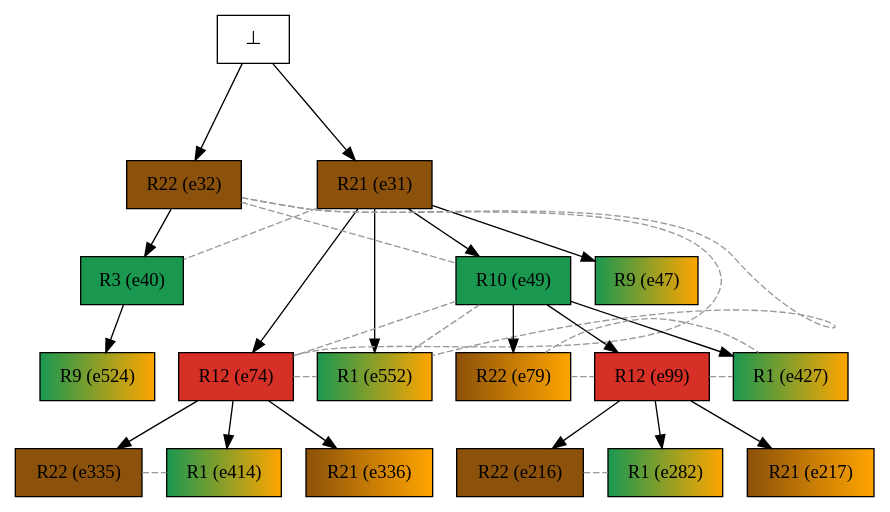
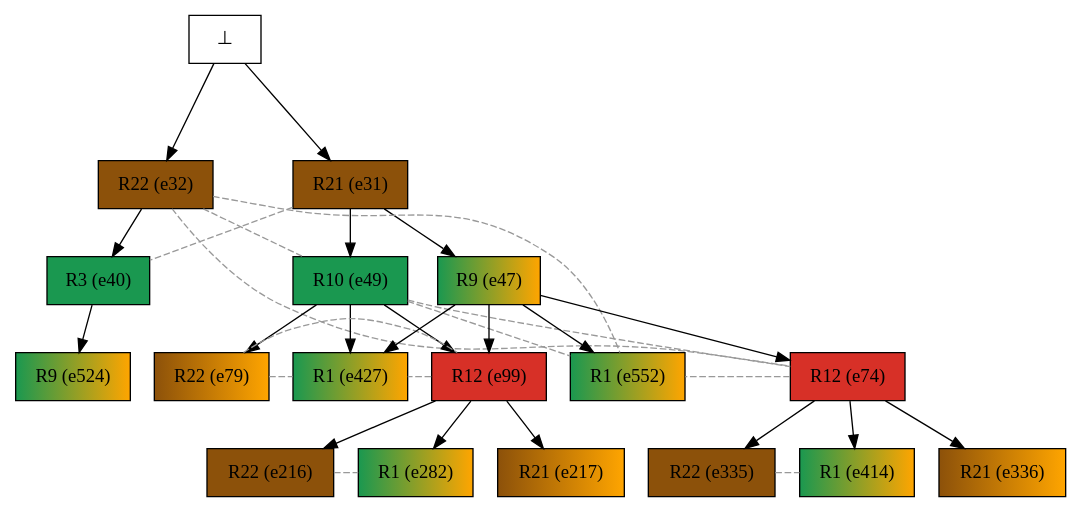
Before and after one commit to giannkas/ecofolder: the diagram in examples/oursin_tasmanie/mrk_instances/urc2alg+/sorted/tasmanie_urc2alg_10-18confs/tasmanie_urc2alg_10-18confs_colored_pathway.dot, drawn with Graphviz. The commit also changed 41 other files, not shown here.

```diff
--- a/examples/oursin_tasmanie/mrk_instances/urc2alg+/sorted/tasmanie_urc2alg_10-18confs/tasmanie_urc2alg_10-18confs_colored_pathway.dot
+++ b/examples/oursin_tasmanie/mrk_instances/urc2alg+/sorted/tasmanie_urc2alg_10-18confs/tasmanie_urc2alg_10-18confs_colored_pathway.dot
@@ -1,53 +1,55 @@
 digraph test {
 
 //conflicts
   e31 -> e40 [arrowhead=none color=gray60 style=dashed constraint=false];
   e32 -> e49 [arrowhead=none color=gray60 style=dashed constraint=false];
   e32 -> e74 [arrowhead=none color=gray60 style=dashed constraint=false];
   e32 -> e552 [arrowhead=none color=gray60 style=dashed constraint=false];
   e49 -> e74 [arrowhead=none color=gray60 style=dashed constraint=false];
   e49 -> e552 [arrowhead=none color=gray60 style=dashed constraint=false];
   e74 -> e552 [arrowhead=none color=gray60 style=dashed constraint=false];
   e79 -> e99 [arrowhead=none color=gray60 style=dashed constraint=false];
   e79 -> e427 [arrowhead=none color=gray60 style=dashed constraint=false];
   e99 -> e427 [arrowhead=none color=gray60 style=dashed constraint=false];
   e216 -> e282 [arrowhead=none color=gray60 style=dashed constraint=false];
   e335 -> e414 [arrowhead=none color=gray60 style=dashed constraint=false];
 
   e31 -> e47 [minlen=1];
   e49 -> e79 [minlen=1];
   e31 -> e49 [minlen=1];
   e99 -> e216 [minlen=1];
+  e47 -> e99 [minlen=1];
   e49 -> e99 [minlen=1];
   e99 -> e217 [minlen=1];
   e99 -> e282 [minlen=1];
   e74 -> e335 [minlen=1];
-  e31 -> e74 [minlen=2];
+  e47 -> e74 [minlen=1];
   e74 -> e336 [minlen=1];
   e74 -> e414 [minlen=1];
+  e47 -> e427 [minlen=1];
   e49 -> e427 [minlen=1];
   e40 -> e524 [minlen=1];
   e32 -> e40 [minlen=1];
-  e31 -> e552 [minlen=2];
+  e47 -> e552 [minlen=1];
   e0 -> e31 [minlen=2];
   e0 -> e32 [minlen=2];
 
   e31 [color="black" fillcolor="#8c510a:#8c510a" label="R21 (e31)" shape=box style=filled];
   e32 [color="black" fillcolor="#8c510a:#8c510a" label="R22 (e32)" shape=box style=filled];
   e40 [color="black" fillcolor="#1a9850:#1a9850" label="R3 (e40)" shape=box style=filled];
   e47 [color="black" fillcolor="#1a9850:orange" label="R9 (e47)" shape=box style=filled];
   e49 [color="black" fillcolor="#1a9850:#1a9850" label="R10 (e49)" shape=box style=filled];
   e74 [color="black" fillcolor="#d73027:#d73027" label="R12 (e74)" shape=box style=filled];
   e79 [color="black" fillcolor="#8c510a:orange" label="R22 (e79)" shape=box style=filled];
   e99 [color="black" fillcolor="#d73027:#d73027" label="R12 (e99)" shape=box style=filled];
   e216 [color="black" fillcolor="#8c510a:#8c510a" label="R22 (e216)" shape=box style=filled];
   e217 [color="black" fillcolor="#8c510a:orange" label="R21 (e217)" shape=box style=filled];
   e282 [color="black" fillcolor="#1a9850:orange" label="R1 (e282)" shape=box style=filled];
   e335 [color="black" fillcolor="#8c510a:#8c510a" label="R22 (e335)" shape=box style=filled];
   e336 [color="black" fillcolor="#8c510a:orange" label="R21 (e336)" shape=box style=filled];
   e414 [color="black" fillcolor="#1a9850:orange" label="R1 (e414)" shape=box style=filled];
   e427 [color="black" fillcolor="#1a9850:orange" label="R1 (e427)" shape=box style=filled];
   e524 [color="black" fillcolor="#1a9850:orange" label="R9 (e524)" shape=box style=filled];
   e552 [color="black" fillcolor="#1a9850:orange" label="R1 (e552)" shape=box style=filled];
   e0 [fillcolor="white" label="⊥" shape=box style=filled];
 }
```
